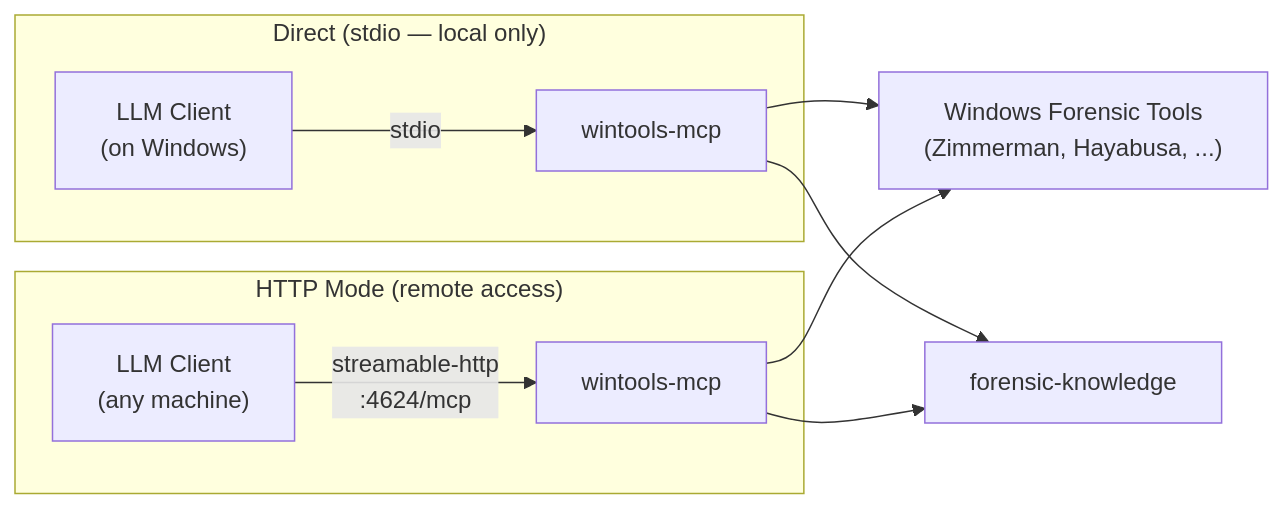
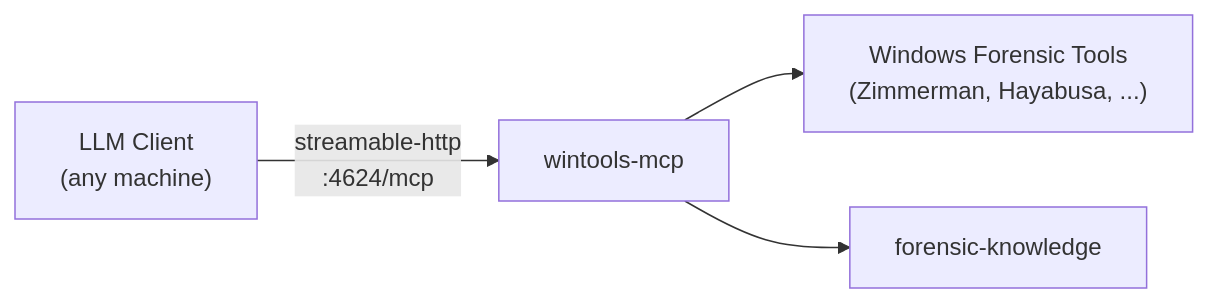
The second of 3 diagrams in README.md (AppliedIR/wintools-mcp), drawn with Mermaid before and after one commit. The commit also changed other lines of this file, not shown here.

Commit message:
fix diagrams: streamable-http only, no direct stdio from clients

````diff
--- a/README.md
+++ b/README.md
@@ -315,15 +315,6 @@
 ```mermaid
 graph LR
-    subgraph direct ["Direct (stdio — local only)"]
-        C1["LLM Client<br/>(on Windows)"] -->|stdio| WT1[wintools-mcp]
-    end
-
-    subgraph remote ["HTTP Mode (remote access)"]
-        C2["LLM Client<br/>(any machine)"] -->|"streamable-http<br/>:4624/mcp"| WT2[wintools-mcp]
-    end
-
-    WT1 --> TOOLS["Windows Forensic Tools<br/>(Zimmerman, Hayabusa, ...)"]
-    WT2 --> TOOLS
-    WT1 --> FK[forensic-knowledge]
-    WT2 --> FK
+    C["LLM Client<br/>(any machine)"] -->|"streamable-http<br/>:4624/mcp"| WT[wintools-mcp]
+    WT --> TOOLS["Windows Forensic Tools<br/>(Zimmerman, Hayabusa, ...)"]
+    WT --> FK[forensic-knowledge]
 ```
````
